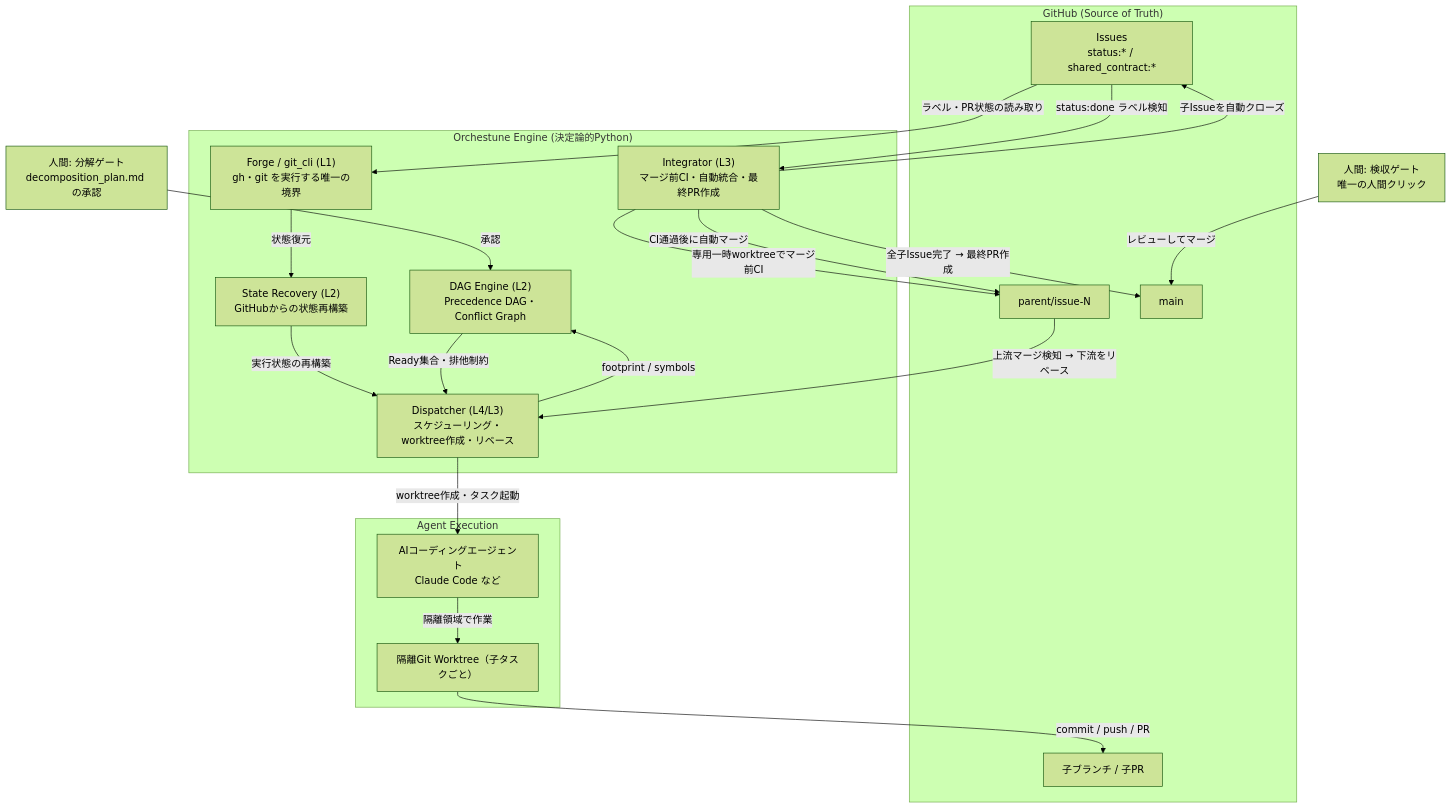
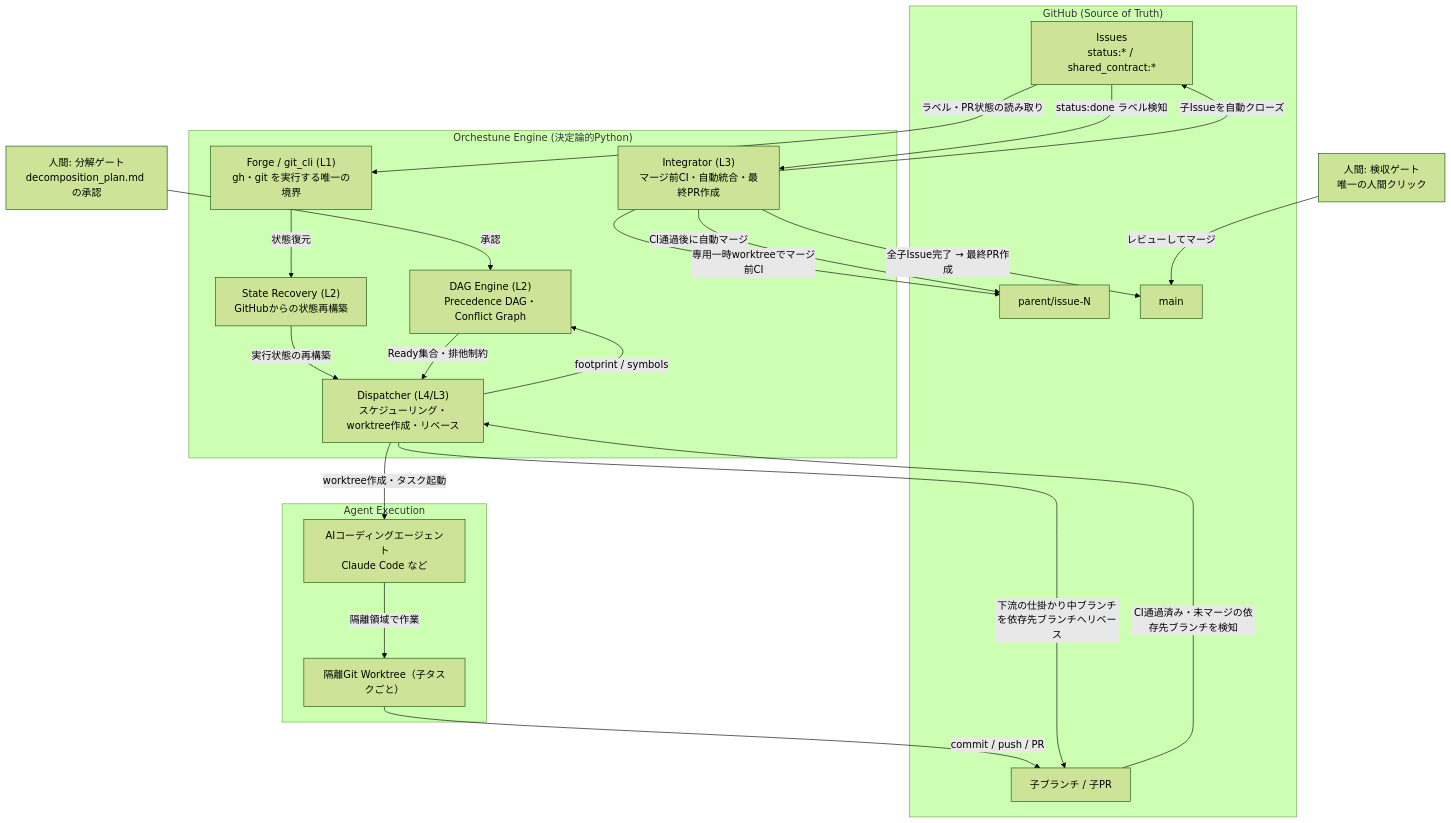
One commit to Saltmu/orchestune changed the diagram in docs/ja/architecture.md. Above: the diagram before and after it, drawn with Mermaid (forest theme). The commit also changed other lines of this file and 3 other files, not shown here.

First line of the commit message:
docs(architecture): align auto-rebase narrative with shared stack target policy (#910)

````diff
--- a/docs/ja/architecture.md
+++ b/docs/ja/architecture.md
@@ -11,42 +11,43 @@
 ```mermaid
 graph TD
     HU1["人間: 分解ゲート<br/>decomposition_plan.md の承認"]
     HU2["人間: 検収ゲート<br/>唯一の人間クリック"]
 
     subgraph GH ["GitHub (Source of Truth)"]
         GI["Issues<br/>status:* / shared_contract:*"]
         GP["子ブランチ / 子PR"]
         PB["parent/issue-N"]
         MB["main"]
     end
 
     subgraph ENG ["Orchestune Engine (決定論的Python)"]
         L1["Forge / git_cli (L1)<br/>gh・git を実行する唯一の境界"]
         REC["State Recovery (L2)<br/>GitHubからの状態再構築"]
         DAG["DAG Engine (L2)<br/>Precedence DAG・Conflict Graph"]
         DP["Dispatcher (L4/L3)<br/>スケジューリング・worktree作成・リベース"]
         IG["Integrator (L3)<br/>マージ前CI・自動統合・最終PR作成"]
     end
 
     subgraph EX ["Agent Execution"]
         WT["隔離Git Worktree（子タスクごと）"]
         AG["AIコーディングエージェント<br/>Claude Code など"]
     end
 
     HU1 -->|承認| DAG
     GI -->|ラベル・PR状態の読み取り| L1
     L1 -->|状態復元| REC
     REC -->|実行状態の再構築| DP
     DAG -->|Ready集合・排他制約| DP
     DP -->|footprint / symbols| DAG
     DP -->|worktree作成・タスク起動| AG
     AG -->|隔離領域で作業| WT
     WT -->|commit / push / PR| GP
     GI -->|status:done ラベル検知| IG
     IG -->|専用一時worktreeでマージ前CI| PB
     IG -->|CI通過後に自動マージ| PB
     IG -->|子Issueを自動クローズ| GI
-    PB -->|上流マージ検知 → 下流をリベース| DP
+    GP -->|CI通過済み・未マージの依存先ブランチを検知| DP
+    DP -->|下流の仕掛かり中ブランチを依存先ブランチへリベース| GP
     IG -->|全子Issue完了 → 最終PR作成| MB
     HU2 -->|レビューしてマージ| MB
 ```
````
